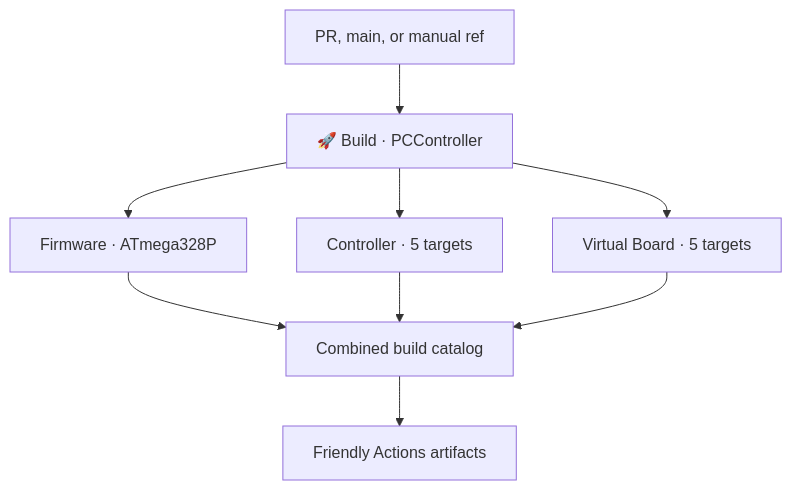
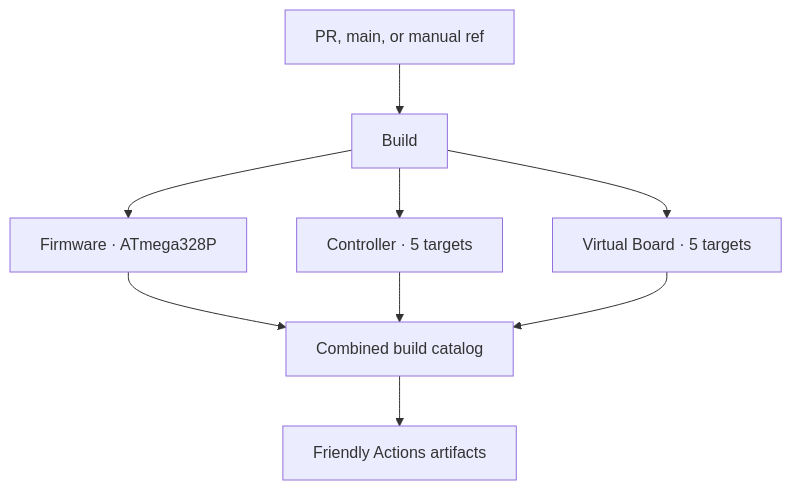
The diagram in docs/CI-CD-and-Releases.md (atomicdeploy/PCController), drawn with Mermaid before and after one commit. The commit also changed other lines of this file and 2 other files, not shown here.

````diff
--- a/docs/CI-CD-and-Releases.md
+++ b/docs/CI-CD-and-Releases.md
@@ -32,11 +32,11 @@
 ```mermaid
 flowchart TD
-    T["PR, main, or manual ref"] --> B["🚀 Build · PCController"]
+    T["PR, main, or manual ref"] --> B["Build"]
     B --> F["Firmware · ATmega328P"]
     B --> H["Controller · 5 targets"]
     B --> V["Virtual Board · 5 targets"]
     F --> C["Combined build catalog"]
     H --> C
     V --> C
     C --> A["Friendly Actions artifacts"]
 ```
````
